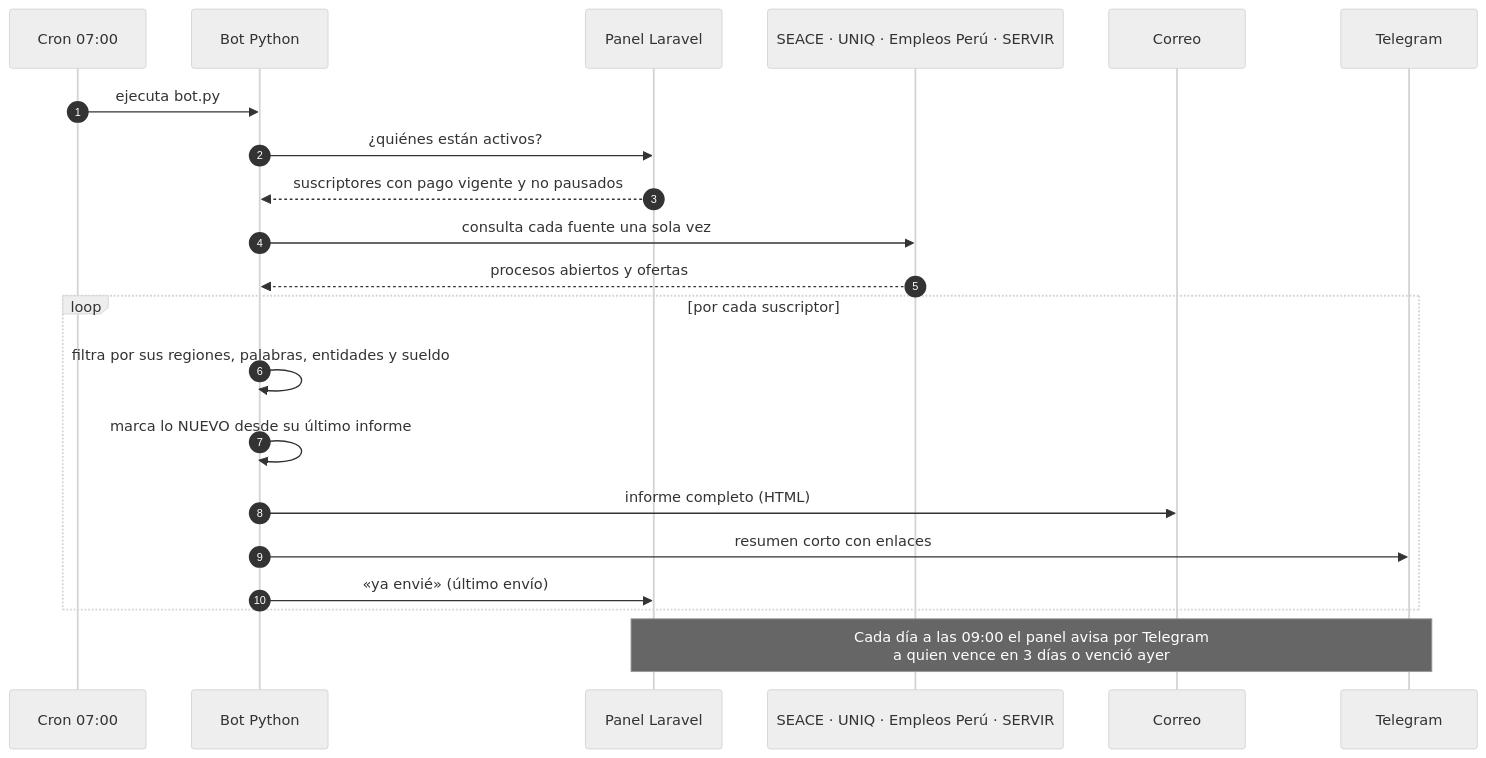
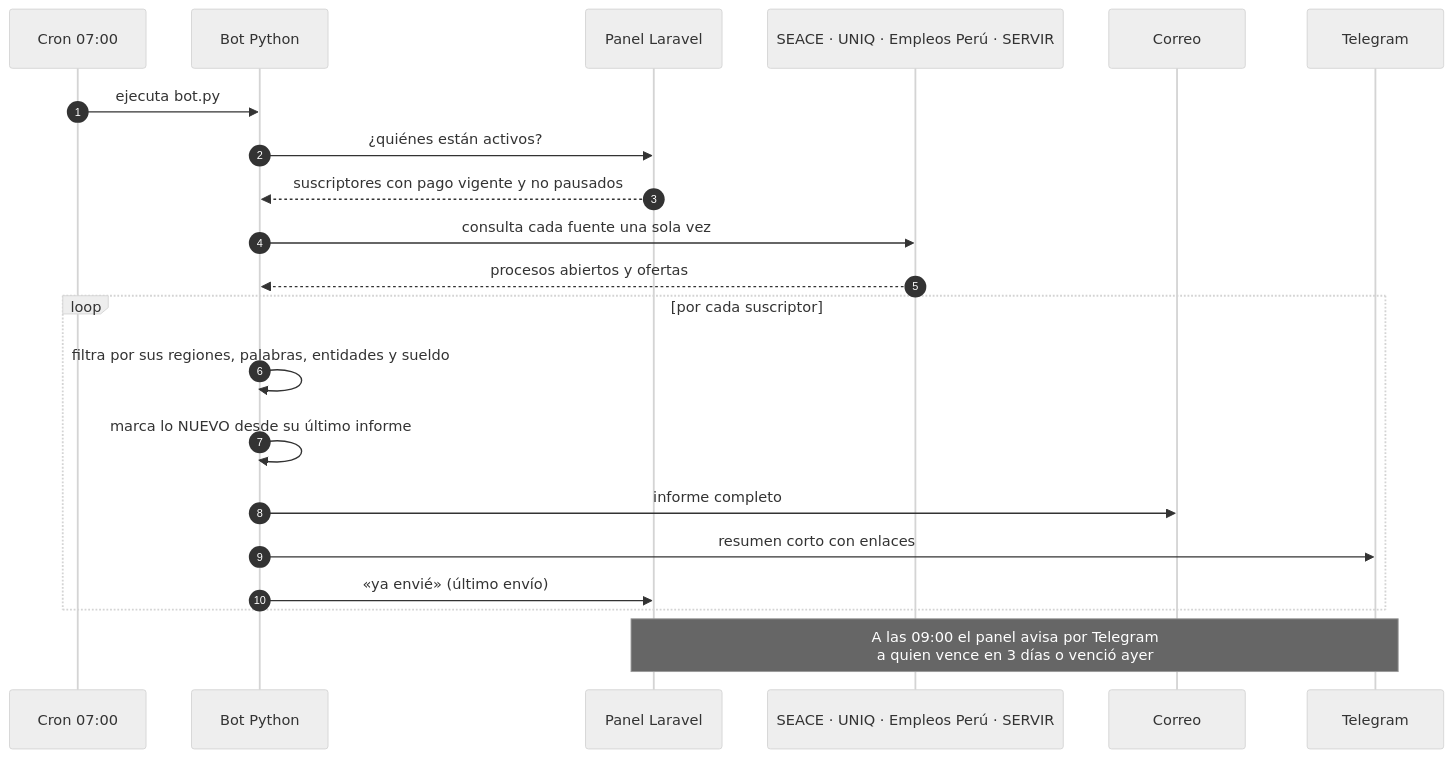
The third of 4 diagrams in README.md (RedyDelgado/cotizador), drawn with Mermaid (neutral theme) before and after one commit. The commit also changed other lines of this file and 27 other files, not shown here.

````diff
--- a/README.md
+++ b/README.md
@@ -78,24 +146,24 @@
 ```mermaid
 sequenceDiagram
     autonumber
     participant Cron as Cron 07:00
     participant Bot as Bot Python
     participant Panel as Panel Laravel
     participant Portales as SEACE · UNIQ · Empleos Perú · SERVIR
     participant Correo as Correo
     participant TG as Telegram
 
     Cron->>Bot: ejecuta bot.py
     Bot->>Panel: ¿quiénes están activos?
     Panel-->>Bot: suscriptores con pago vigente y no pausados
     Bot->>Portales: consulta cada fuente una sola vez
     Portales-->>Bot: procesos abiertos y ofertas
     loop por cada suscriptor
         Bot->>Bot: filtra por sus regiones, palabras, entidades y sueldo
         Bot->>Bot: marca lo NUEVO desde su último informe
-        Bot->>Correo: informe completo (HTML)
+        Bot->>Correo: informe completo
         Bot->>TG: resumen corto con enlaces
         Bot->>Panel: «ya envié» (último envío)
     end
-    Note over Panel,TG: Cada día a las 09:00 el panel avisa por Telegram<br/>a quien vence en 3 días o venció ayer
+    Note over Panel,TG: A las 09:00 el panel avisa por Telegram<br/>a quien vence en 3 días o venció ayer
 ```
````
